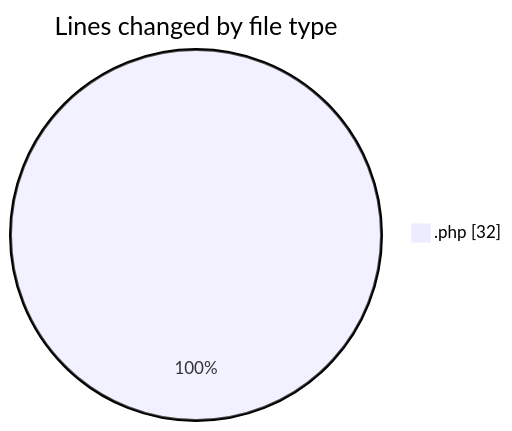
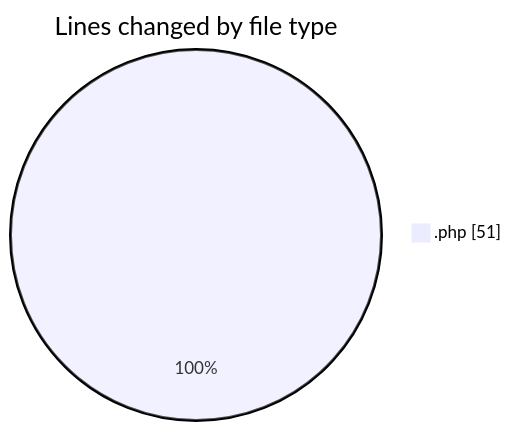
Before and after one commit to LanceThiago/code-tracking: the first of 2 diagrams in 2026-04-23/oficina/README.md, drawn with Mermaid. The commit also changed other lines of this file and 1 other file, not shown here.

````diff
--- a/2026-04-23/oficina/README.md
+++ b/2026-04-23/oficina/README.md
@@ -20,5 +20,5 @@
 ```mermaid
 pie showData
 title Lines changed by file type
-".php" : 32
+".php" : 51
 ```
````
